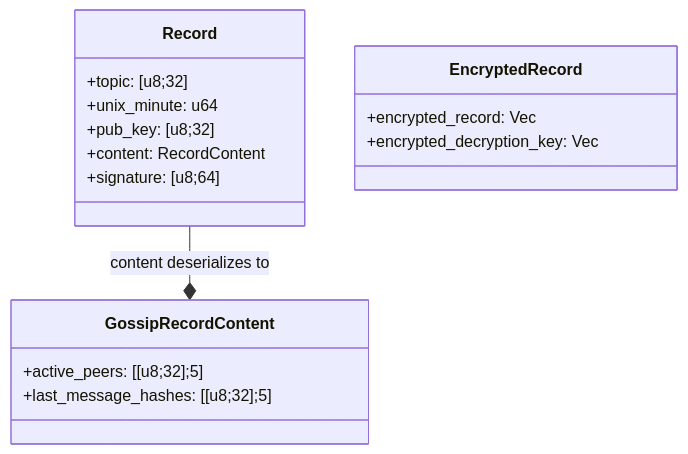
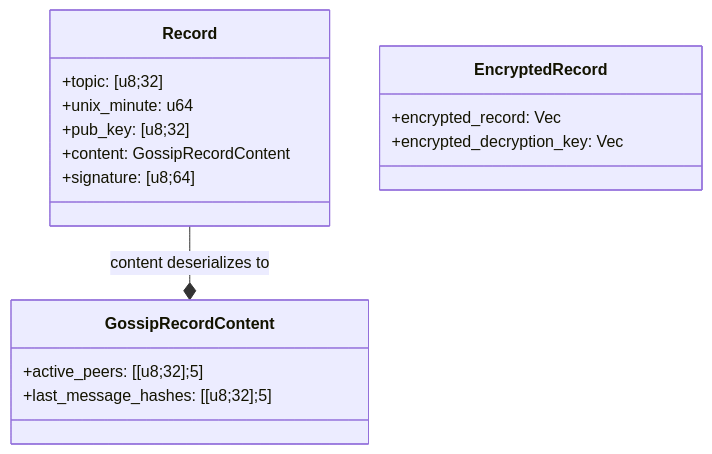
The sixth of 7 diagrams in ARCHITECTURE.md (rustonbsd/distributed-topic-tracker), drawn with Mermaid before and after one commit. The commit also changed other lines of this file and 14 other files, not shown here.

````diff
--- a/ARCHITECTURE.md
+++ b/ARCHITECTURE.md
@@ -214,22 +214,22 @@
 ```mermaid
 classDiagram
   class Record {
     +topic: [u8;32]
     +unix_minute: u64
     +pub_key: [u8;32]
-    +content: RecordContent
+    +content: GossipRecordContent
     +signature: [u8;64]
   }
 
   class GossipRecordContent {
     +active_peers: [[u8;32];5]
     +last_message_hashes: [[u8;32];5]
   }
 
   class EncryptedRecord {
     +encrypted_record: Vec<u8>
     +encrypted_decryption_key: Vec<u8>
   }
 
   Record --* GossipRecordContent : content deserializes to
 ```
````
